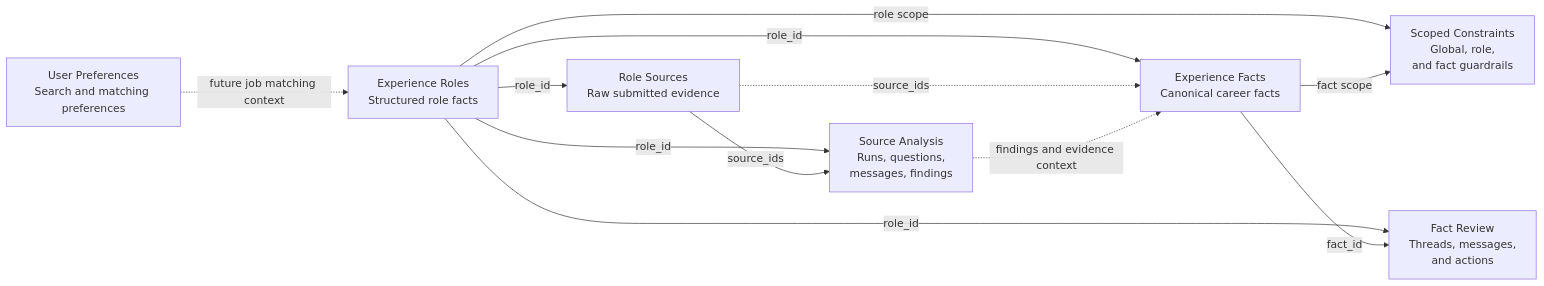
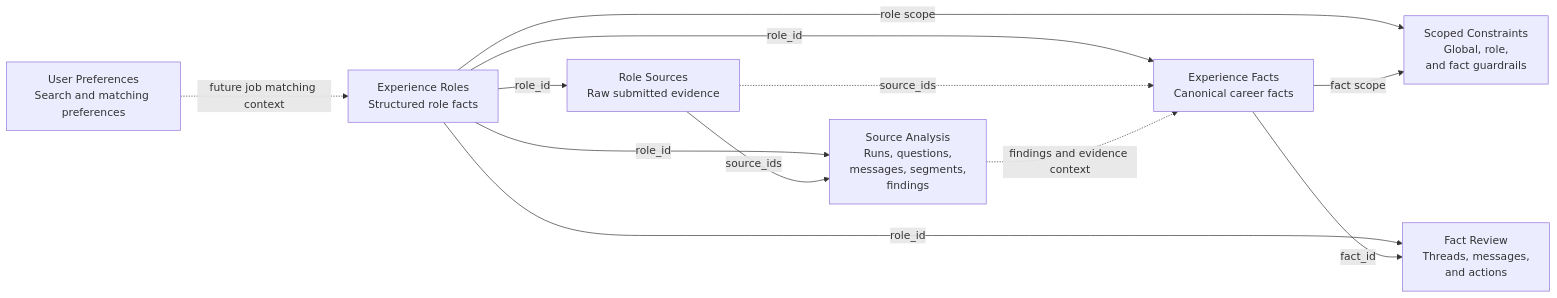
One commit to rsauers0/career-agent changed the first of 9 diagrams in docs/diagrams.md. Above: the diagram before and after it, drawn with Mermaid. The commit also changed other lines of this file and 14 other files, not shown here.

````diff
--- a/docs/diagrams.md
+++ b/docs/diagrams.md
@@ -12,23 +12,23 @@
 ```mermaid
 flowchart LR
     UserPreferences["User Preferences<br/>Search and matching preferences"]
     ExperienceRoles["Experience Roles<br/>Structured role facts"]
     RoleSources["Role Sources<br/>Raw submitted evidence"]
-    SourceAnalysis["Source Analysis<br/>Runs, questions,<br/>messages, findings"]
+    SourceAnalysis["Source Analysis<br/>Runs, questions,<br/>messages, segments,<br/>findings"]
     ExperienceFacts["Experience Facts<br/>Canonical career facts"]
     ScopedConstraints["Scoped Constraints<br/>Global, role,<br/>and fact guardrails"]
     FactReview["Fact Review<br/>Threads, messages,<br/>and actions"]
 
     ExperienceRoles -->|"role_id"| RoleSources
     ExperienceRoles -->|"role_id"| SourceAnalysis
     RoleSources -->|"source_ids"| SourceAnalysis
     ExperienceRoles -->|"role_id"| ExperienceFacts
     ExperienceRoles -->|"role scope"| ScopedConstraints
     ExperienceFacts -->|"fact scope"| ScopedConstraints
     ExperienceRoles -->|"role_id"| FactReview
     ExperienceFacts -->|"fact_id"| FactReview
     RoleSources -. "source_ids" .-> ExperienceFacts
     SourceAnalysis -. "findings and evidence context" .-> ExperienceFacts
 
     UserPreferences -. "future job matching context" .-> ExperienceRoles
 ```
````
